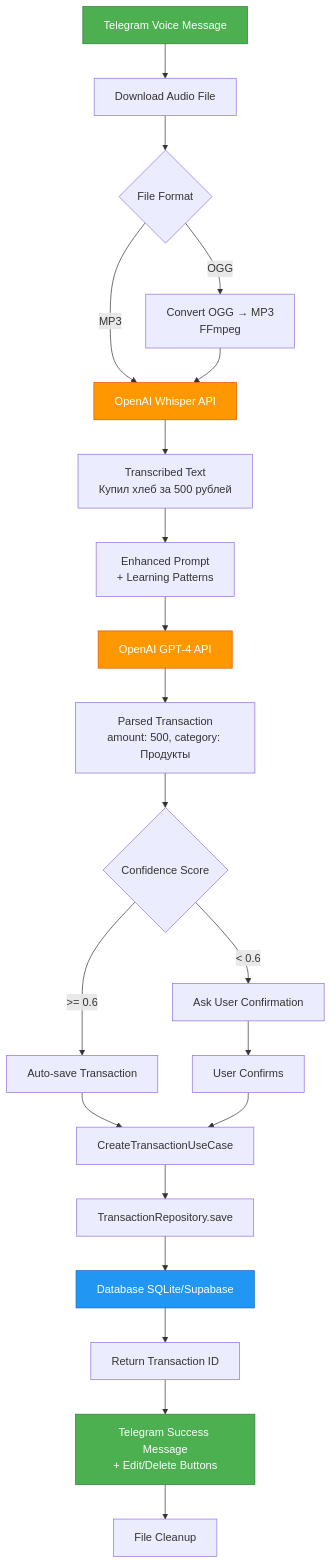
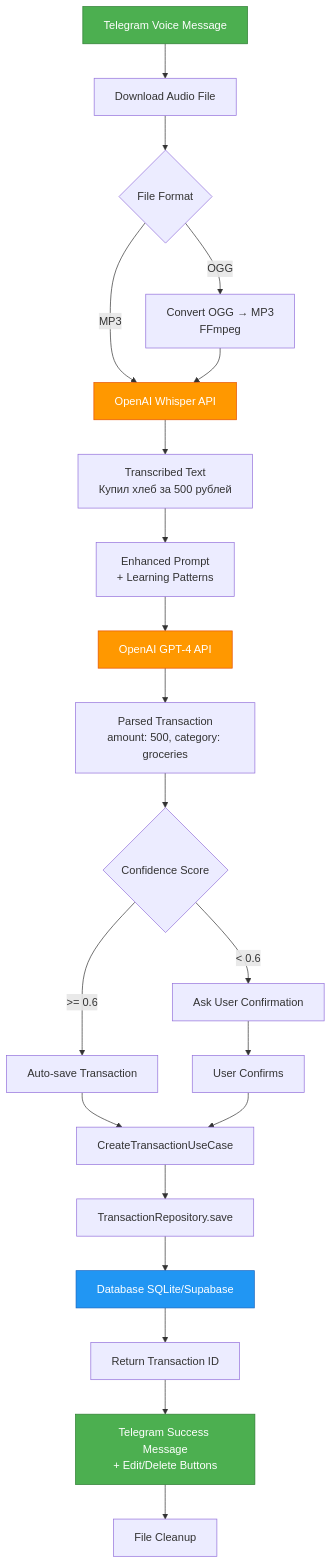
The diagram in docs/knowledge-base/07-data-flow/voice-to-transaction.md (chollak/finance-tracker-backend), drawn with Mermaid before and after one commit. The commit also changed other lines of this file and 5 other files, not shown here.

````diff
--- a/docs/knowledge-base/07-data-flow/voice-to-transaction.md
+++ b/docs/knowledge-base/07-data-flow/voice-to-transaction.md
@@ -7,29 +7,29 @@
 ```mermaid
 flowchart TD
     A[Telegram Voice Message] --> B[Download Audio File]
     B --> C{File Format}
     C -->|OGG| D[Convert OGG → MP3<br/>FFmpeg]
     C -->|MP3| E[OpenAI Whisper API]
     D --> E
     E --> F[Transcribed Text<br/>Купил хлеб за 500 рублей]
     F --> G[Enhanced Prompt<br/>+ Learning Patterns]
     G --> H[OpenAI GPT-4 API]
-    H --> I[Parsed Transaction<br/>amount: 500, category: Продукты]
+    H --> I[Parsed Transaction<br/>amount: 500, category: groceries]
     I --> J{Confidence Score}
     J -->|>= 0.6| K[Auto-save Transaction]
     J -->|< 0.6| L[Ask User Confirmation]
     K --> M[CreateTransactionUseCase]
     L --> N[User Confirms]
     N --> M
     M --> O[TransactionRepository.save]
     O --> P[Database SQLite/Supabase]
     P --> Q[Return Transaction ID]
     Q --> R[Telegram Success Message<br/>+ Edit/Delete Buttons]
     R --> S[File Cleanup]
 
     style A fill:#4CAF50,stroke:#2E7D32,color:#fff
     style E fill:#FF9800,stroke:#E65100,color:#fff
     style H fill:#FF9800,stroke:#E65100,color:#fff
     style P fill:#2196F3,stroke:#1565C0,color:#fff
     style R fill:#4CAF50,stroke:#2E7D32,color:#fff
 ```
````
